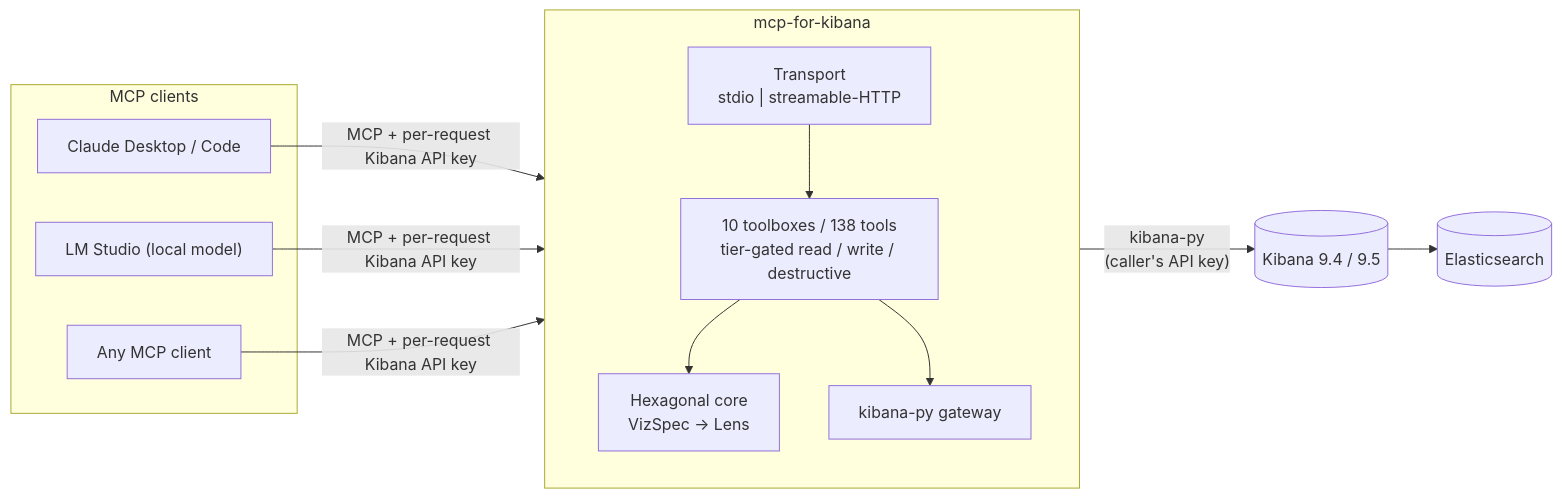
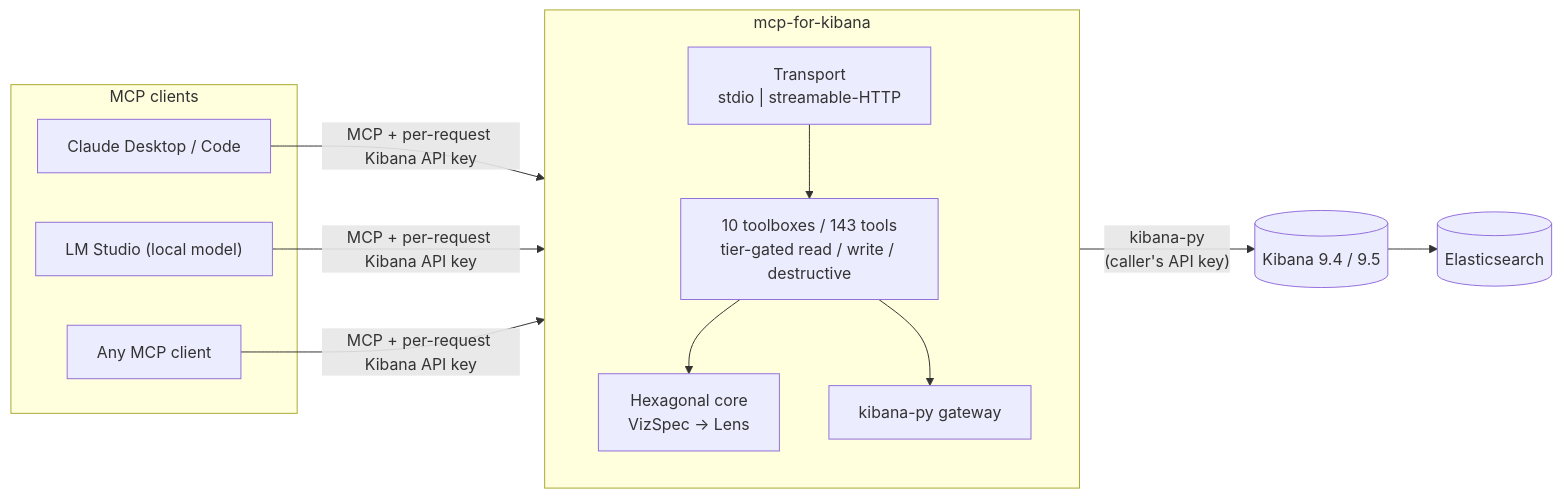
Before and after one commit to pedro-angel/mcp-for-kibana: the first of 4 diagrams in docs/architecture.md, drawn with Mermaid. The commit also changed other lines of this file and 33 other files, not shown here.

````diff
--- a/docs/architecture.md
+++ b/docs/architecture.md
@@ -14,23 +14,23 @@
 ```mermaid
 flowchart LR
     subgraph clients["MCP clients"]
         Claude["Claude Desktop / Code"]
         LMS["LM Studio (local model)"]
         Other["Any MCP client"]
     end
     subgraph server["mcp-for-kibana"]
         direction TB
         Transport["Transport<br/>stdio | streamable-HTTP"]
-        Toolboxes["10 toolboxes / 138 tools<br/>tier-gated read / write / destructive"]
+        Toolboxes["10 toolboxes / 143 tools<br/>tier-gated read / write / destructive"]
         Core["Hexagonal core<br/>VizSpec → Lens"]
         Gateway["kibana-py gateway"]
         Transport --> Toolboxes --> Core
         Toolboxes --> Gateway
     end
     ES[("Elasticsearch")]
     Kibana[("Kibana 9.4 / 9.5")]
 
     Claude & LMS & Other -->|"MCP + per-request Kibana API key"| Transport
     Gateway -->|"kibana-py<br/>(caller's API key)"| Kibana
     Kibana --> ES
 ```
````
